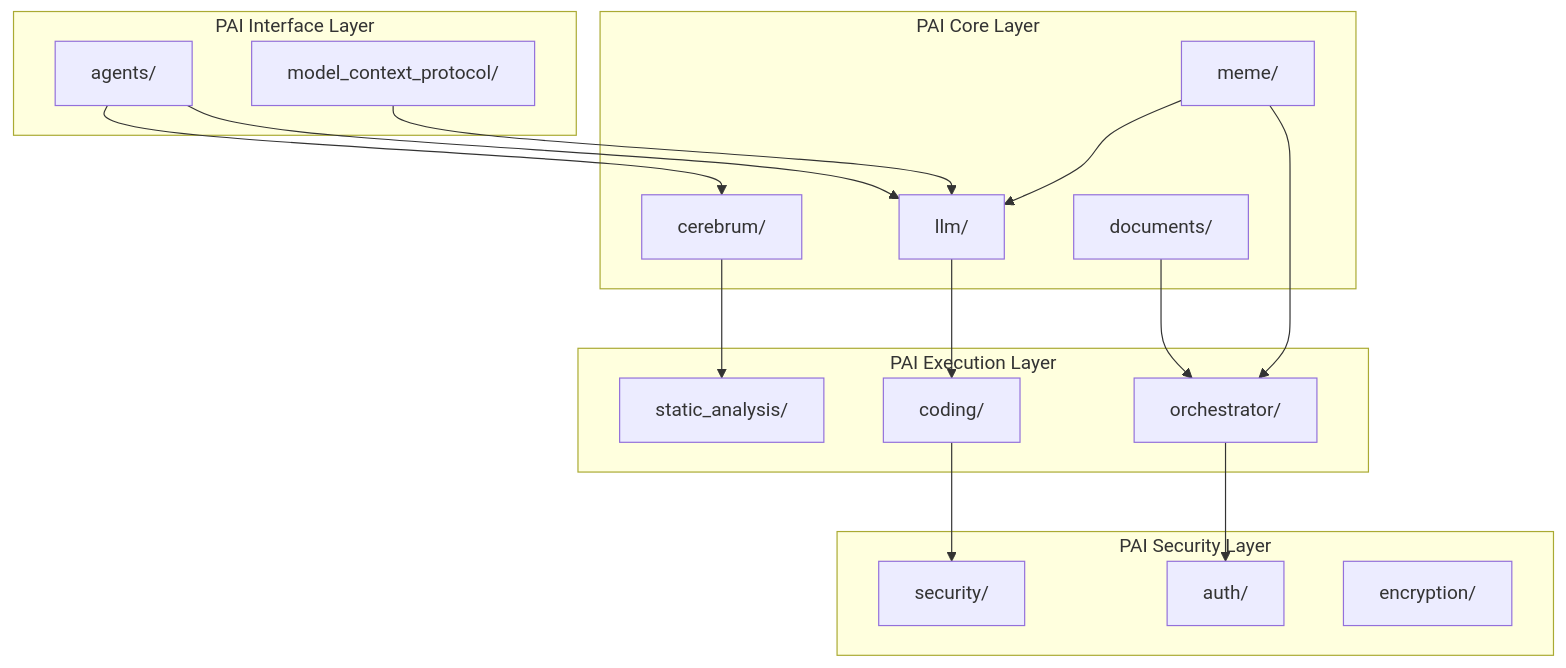
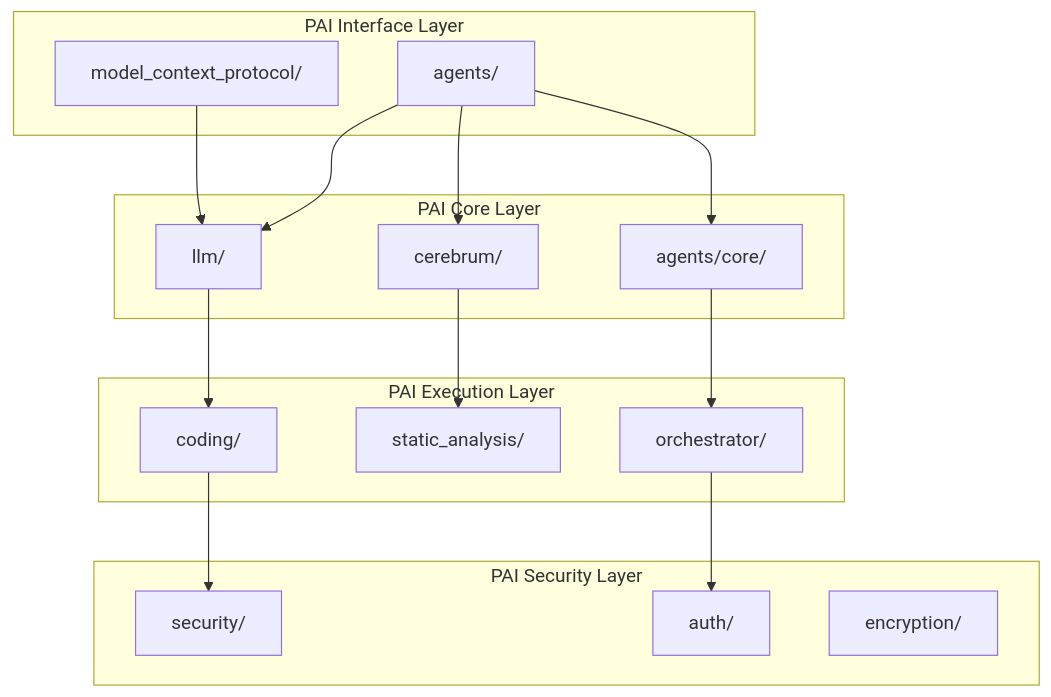
One commit to docxology/codomyrmex changed the first of 2 diagrams in src/codomyrmex/PAI.md. Above: the diagram before and after it, drawn with Mermaid. The commit also changed other lines of this file and 599 other files, not shown here.

````diff
--- a/src/codomyrmex/PAI.md
+++ b/src/codomyrmex/PAI.md
@@ -84,37 +66,35 @@
 ```mermaid
 graph TB
     subgraph paiInterface ["PAI Interface Layer"]
         Agents["agents/"]
         MCP["model_context_protocol/"]
     end
 
     subgraph paiCore ["PAI Core Layer"]
         LLM["llm/"]
         Cerebrum["cerebrum/"]
-        Documents["documents/"]
-        Meme["meme/"]
+        AgentsCore["agents/core/"]
     end
 
     subgraph paiExecution ["PAI Execution Layer"]
         Coding["coding/"]
         Static["static_analysis/"]
         Orchestrator["orchestrator/"]
     end
 
     subgraph paiSecurity ["PAI Security Layer"]
         Security["security/"]
         Auth["auth/"]
         Encryption["encryption/"]
     end
 
     Agents --> LLM
     Agents --> Cerebrum
+    Agents --> AgentsCore
     MCP --> LLM
     LLM --> Coding
     Cerebrum --> Static
-    Documents --> Orchestrator
-    Meme --> Orchestrator
-    Meme --> LLM
+    AgentsCore --> Orchestrator
     Coding --> Security
     Orchestrator --> Auth
 ```
````
